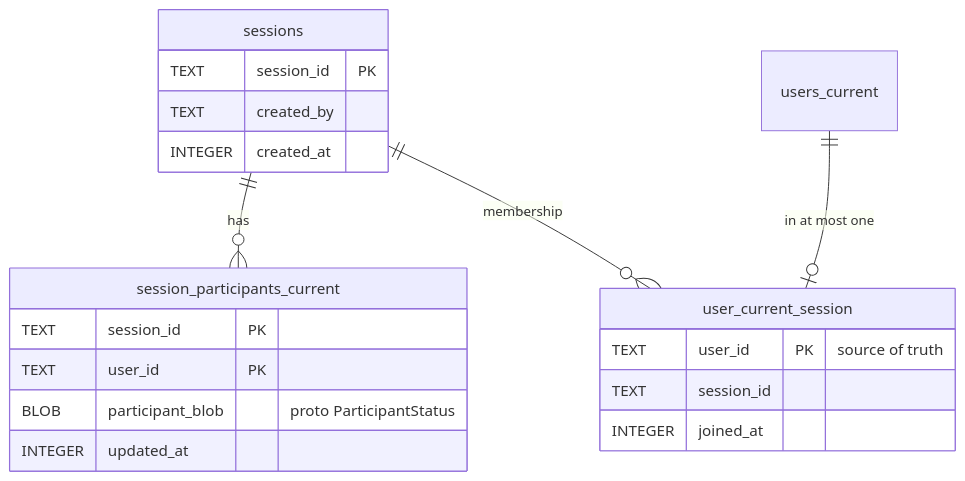
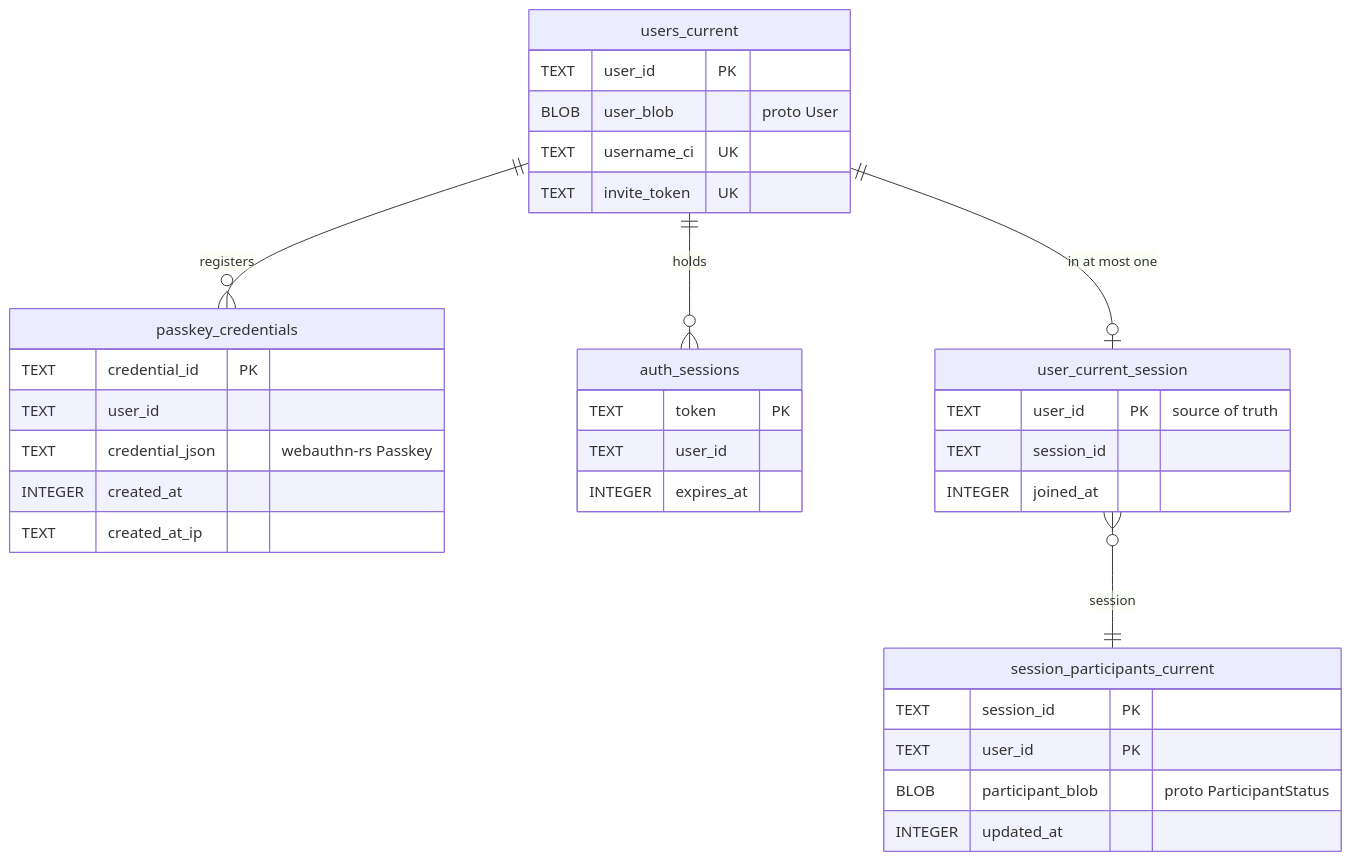
Before and after one commit to brensch/lift: the third of 3 diagrams in docs/architecture/data-model.md, drawn with Mermaid. The commit also changed other lines of this file and 214 other files, not shown here.

````diff
--- a/docs/architecture/data-model.md
+++ b/docs/architecture/data-model.md
@@ -86,23 +143,37 @@
 ```mermaid
 erDiagram
-    sessions ||--o{ session_participants_current : "has"
-    sessions ||--o{ user_current_session : "membership"
+    users_current ||--o{ passkey_credentials : "registers"
+    users_current ||--o{ auth_sessions : "holds"
     users_current ||--o| user_current_session : "in at most one"
+    user_current_session }o--|| session_participants_current : "session"
 
-    sessions {
-        TEXT session_id PK
-        TEXT created_by
+    users_current {
+        TEXT user_id PK
+        BLOB user_blob "proto User"
+        TEXT username_ci UK
+        TEXT invite_token UK
+    }
+    passkey_credentials {
+        TEXT credential_id PK
+        TEXT user_id
+        TEXT credential_json "webauthn-rs Passkey"
         INTEGER created_at
+        TEXT created_at_ip
+    }
+    auth_sessions {
+        TEXT token PK
+        TEXT user_id
+        INTEGER expires_at
     }
     user_current_session {
         TEXT user_id PK "source of truth"
         TEXT session_id
         INTEGER joined_at
     }
     session_participants_current {
         TEXT session_id PK
         TEXT user_id PK
         BLOB participant_blob "proto ParticipantStatus"
         INTEGER updated_at
     }
 ```
````
